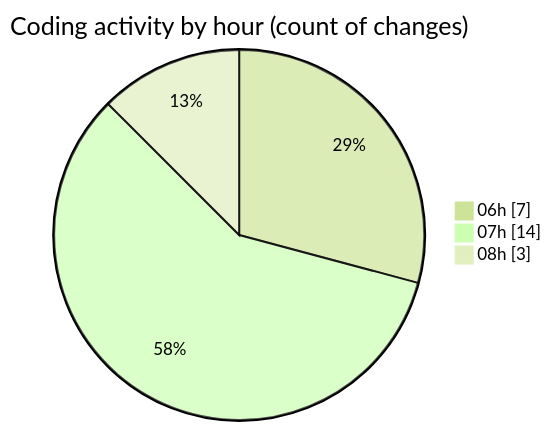
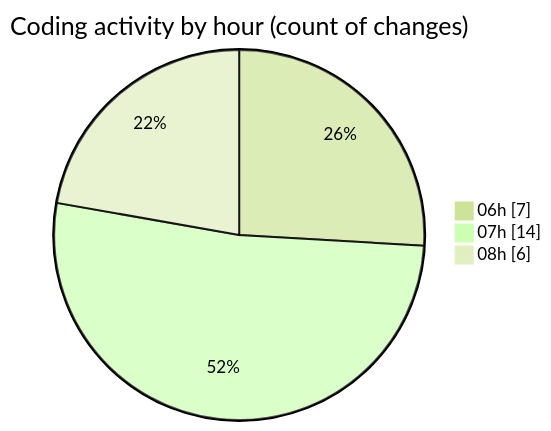
Before and after one commit to vahidmafi/code-tracking: the second of 2 diagrams in 2025-04-18/zeytoon/README.md, drawn with Mermaid (forest theme). The commit also changed other lines of this file and 1 other file, not shown here.

````diff
--- a/2025-04-18/zeytoon/README.md
+++ b/2025-04-18/zeytoon/README.md
@@ -35,7 +35,7 @@
 ```mermaid
 pie showData
 title Coding activity by hour (count of changes)
 "06h" : 7
 "07h" : 14
-"08h" : 3
+"08h" : 6
 ```
````
